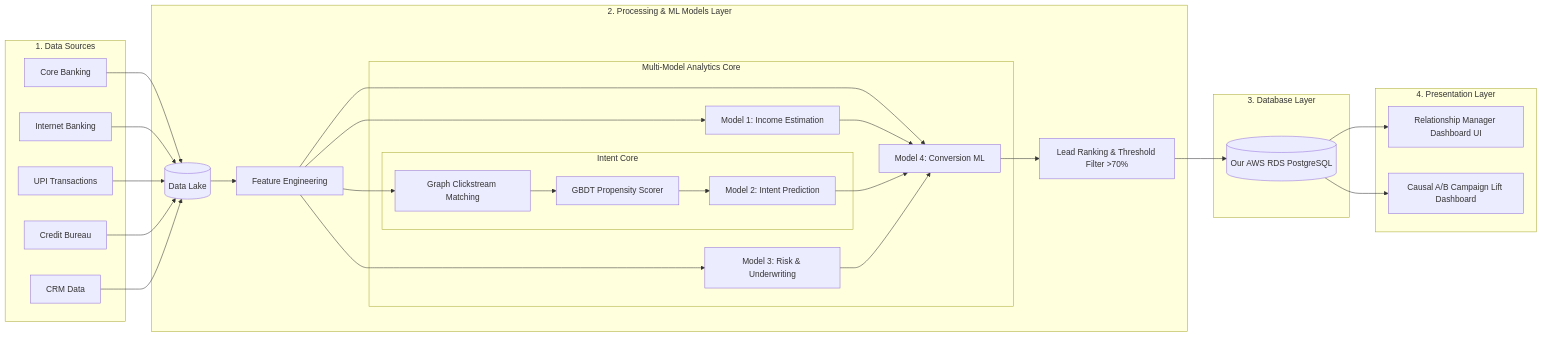
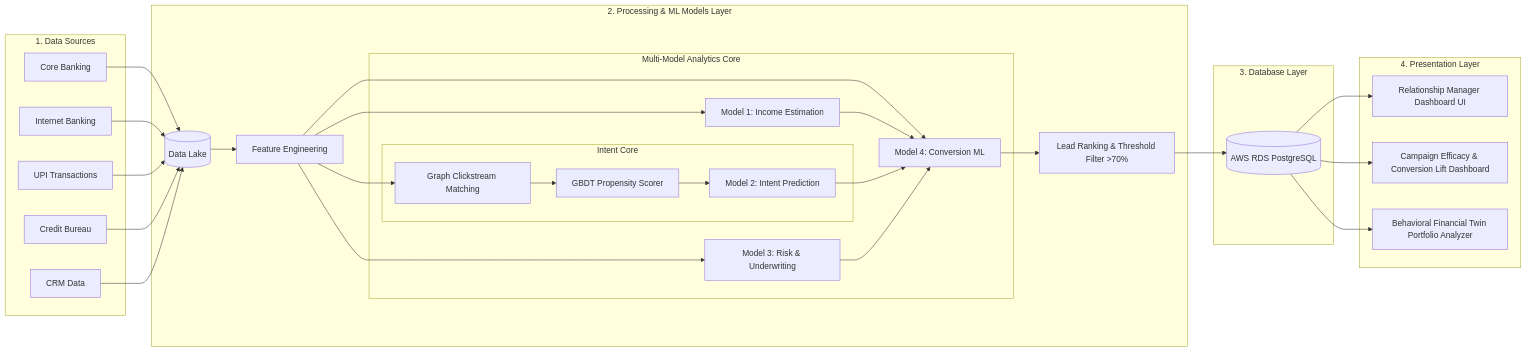
One commit to chiraghs/Alpha-Fin changed the diagram in README.md. Above: the diagram before and after it, drawn with Mermaid. The commit also changed other lines of this file and 5 other files, not shown here.

Commit message:
feat: implement Phase 5 dynamic customer twin portfolio and convert outreach to centered modal dialog

````diff
--- a/README.md
+++ b/README.md
@@ -43,64 +42,66 @@
 ```mermaid
 graph LR
     subgraph Sources [1. Data Sources]
         CB[Core Banking]
         IB[Internet Banking]
         UPI[UPI Transactions]
         Bureau[Credit Bureau]
         CRM[CRM Data]
     end
 
     subgraph AppEngine [2. Processing & ML Models Layer]
         Lake[(Data Lake)]
         FE[Feature Engineering]
         
         subgraph MLModels [Multi-Model Analytics Core]
             Income[Model 1: Income Estimation]
             
             subgraph IntentEngine [Intent Core]
                 Graph[Graph Clickstream Matching]
                 GBDT[GBDT Propensity Scorer]
                 Intent[Model 2: Intent Prediction]
             end
             
             Risk[Model 3: Risk & Underwriting]
             Conversion[Model 4: Conversion ML]
         end
         
         Ranking[Lead Ranking & Threshold Filter >70%]
     end
 
     subgraph Storage [3. Database Layer]
-        RDS[(Our AWS RDS PostgreSQL)]
+        RDS[(AWS RDS PostgreSQL)]
     end
 
     subgraph Presentation [4. Presentation Layer]
         UI[Relationship Manager Dashboard UI]
-        ABDashboard[Causal A/B Campaign Lift Dashboard]
+        ABDashboard[Campaign Efficacy & Conversion Lift Dashboard]
+        TwinAnalyzer[Behavioral Financial Twin Portfolio Analyzer]
     end
 
     %% Data Flow
     CB --> Lake
     IB --> Lake
     UPI --> Lake
     Bureau --> Lake
     CRM --> Lake
     
     Lake --> FE
     FE --> Income
     FE --> Graph
     FE --> Risk
     FE --> Conversion
     
     Graph --> GBDT
     GBDT --> Intent
     
     Income --> Conversion
     Intent --> Conversion
     Risk --> Conversion
     
     Conversion --> Ranking
     Ranking --> RDS
     RDS --> UI
     RDS --> ABDashboard
+    RDS --> TwinAnalyzer
 ```
````
